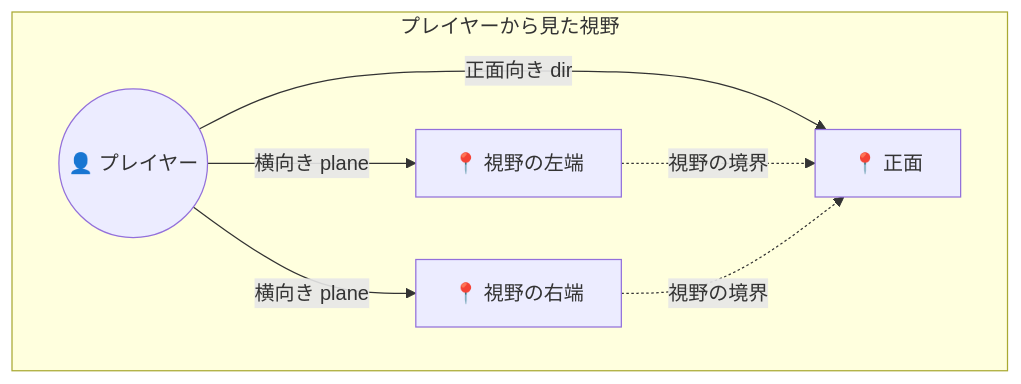
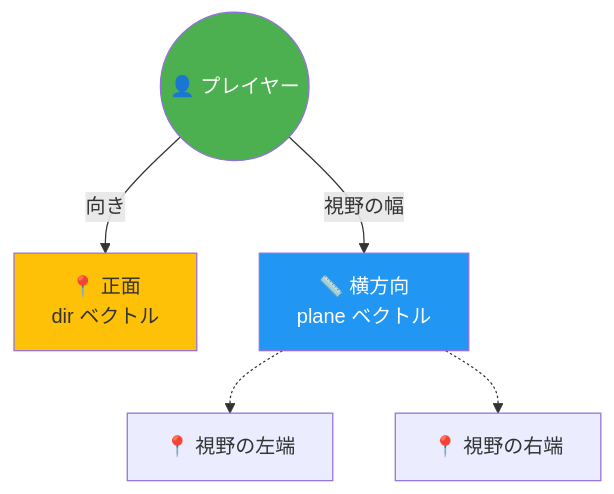
One commit to Tsunanko/cub3d-guide changed the sixth of 9 diagrams in docs/03-raycasting.md. Above: the diagram before and after it, drawn with Mermaid. The commit also changed other lines of this file and 5 other files, not shown here.

Commit message:
Add debugging page with 4 real bug fixes, replace ASCII art with Mermaid diagrams

````diff
--- a/docs/03-raycasting.md
+++ b/docs/03-raycasting.md
@@ -215,11 +160,17 @@
 ```mermaid
 graph TD
-    subgraph Vision["プレイヤーから見た視野"]
-        P((👤 プレイヤー))
-        P -->|正面向き dir| D[📍 正面]
-        P -->|横向き plane| L[📍 視野の左端]
-        P -->|横向き plane| R[📍 視野の右端]
-        L -.視野の境界.-> D
-        R -.視野の境界.-> D
-    end
+    P((👤 プレイヤー))
+    D[📍 正面<br>dir ベクトル]
+    PL[📏 横方向<br>plane ベクトル]
+    L[📍 視野の左端]
+    R[📍 視野の右端]
+
+    P -->|向き| D
+    P -->|視野の幅| PL
+    PL -.-> L
+    PL -.-> R
+
+    style P fill:#4CAF50,color:#fff
+    style D fill:#FFC107
+    style PL fill:#2196F3,color:#fff
 ```
````
